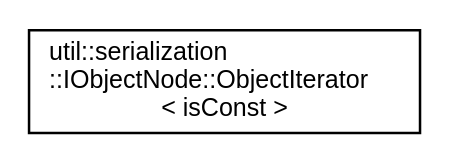
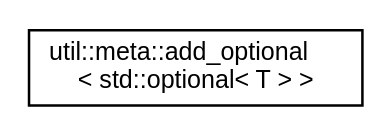
The diagram in inherit_graph_79.dot (AndreasLrx/ecstasy), drawn with Graphviz before and after one commit. The commit also changed 604 other files, not shown here.

```diff
--- a/inherit_graph_79.dot
+++ b/inherit_graph_79.dot
@@ -1,8 +1,8 @@
 digraph "Graphical Class Hierarchy"
 {
  // LATEX_PDF_SIZE
   edge [fontname="Helvetica",fontsize="10",labelfontname="Helvetica",labelfontsize="10"];
   node [fontname="Helvetica",fontsize="10",shape=record];
   rankdir="LR";
-  Node0 [label="util::serialization\l::IObjectNode::ObjectIterator\l\< isConst \>",height=0.2,width=0.4,color="black", fillcolor="white", style="filled",URL="$classutil_1_1serialization_1_1_i_object_node_1_1_object_iterator.html",tooltip="Abstract Object Iterator."];
+  Node0 [label="util::meta::add_optional\l\< std::optional\< T \> \>",height=0.2,width=0.4,color="black", fillcolor="white", style="filled",URL="$structutil_1_1meta_1_1add__optional_3_01std_1_1optional_3_01_t_01_4_01_4.html",tooltip="Add optional to a type if required."];
 }
```
